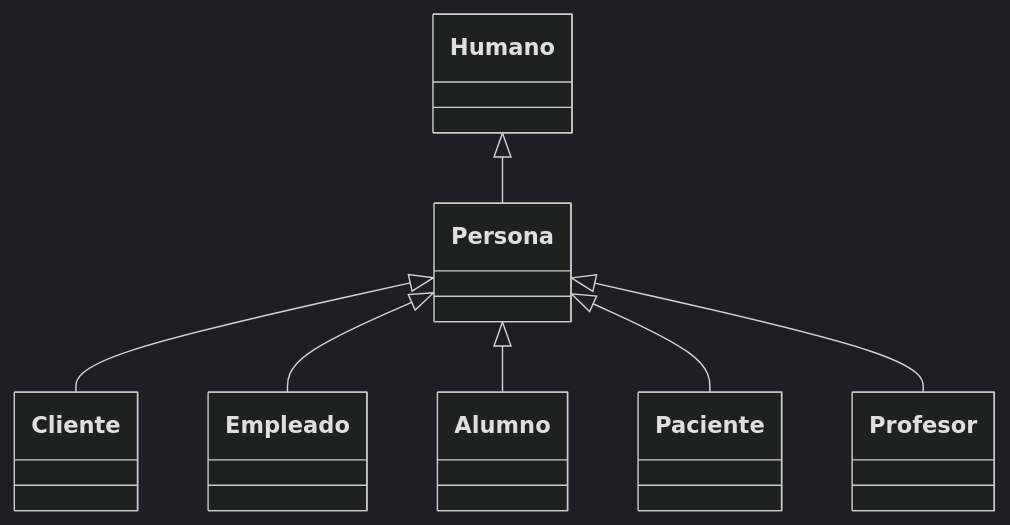
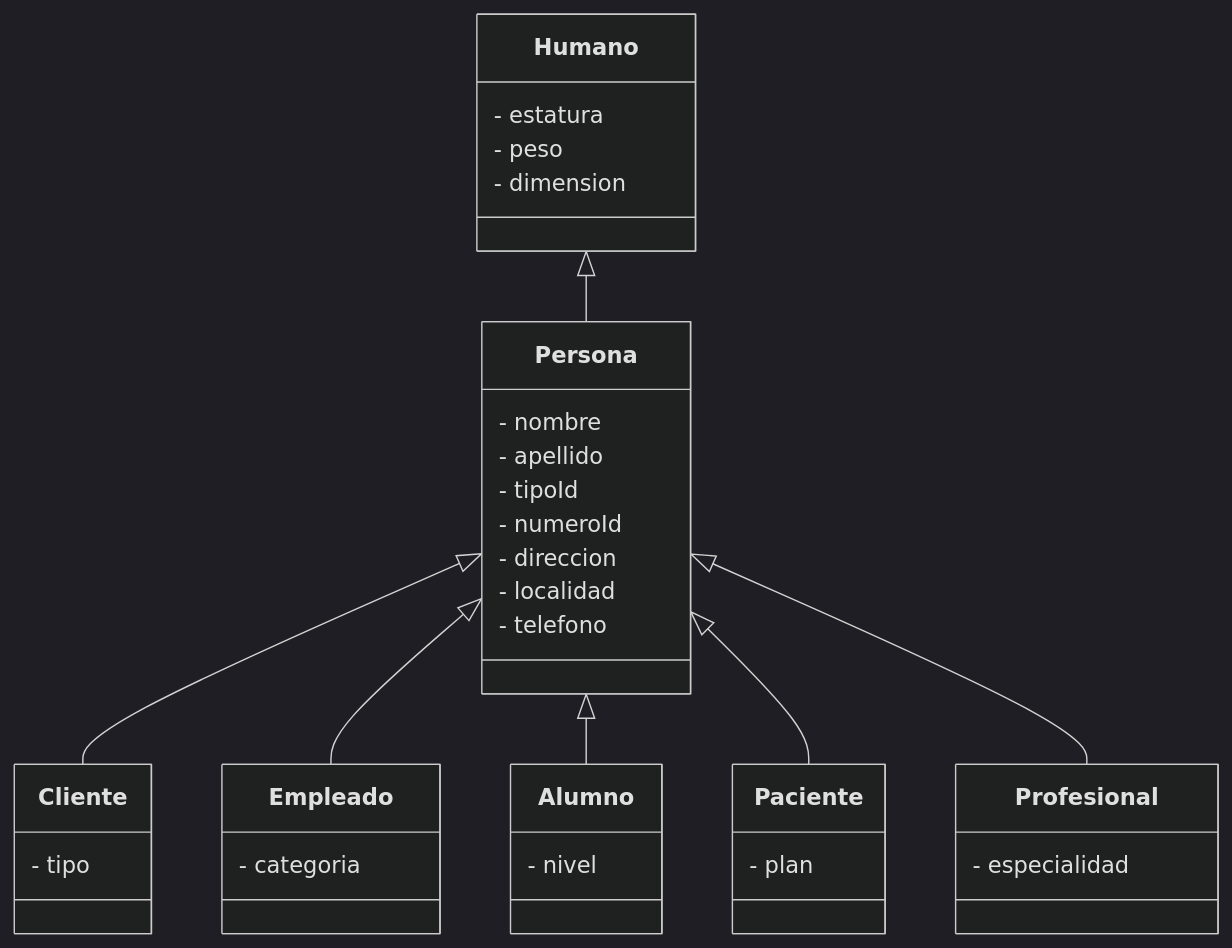
Before and after one commit to C215714N/EducacionIT: the first of 2 diagrams in examples/class.md, drawn with Mermaid (dark theme). The commit also changed other lines of this file, not shown here.

````diff
--- a/examples/class.md
+++ b/examples/class.md
@@ -1,31 +1,39 @@
 ```mermaid
 classDiagram
     Humano <|-- Persona
     Persona <|-- Cliente
     Persona <|-- Empleado
     Persona <|-- Alumno
     Persona <|-- Paciente
-    Persona <|-- Profesor
+    Persona <|-- Profesional
 
     class Humano{
-
+        - estatura
+        - peso
+        - dimension
     }
     class Persona{
-
+        - nombre
+        - apellido
+        - tipoId
+        - numeroId
+        - direccion
+        - localidad
+        - telefono
     }
     class Cliente{
-
+        - tipo
     }
     class Empleado{
-
+        - categoria
     }
     class Paciente{
-        
+        - plan
     }
     class Alumno{
-
+        - nivel
     }
-    class Profesor{
-
+    class Profesional{
+        - especialidad
     }
 ```
````
